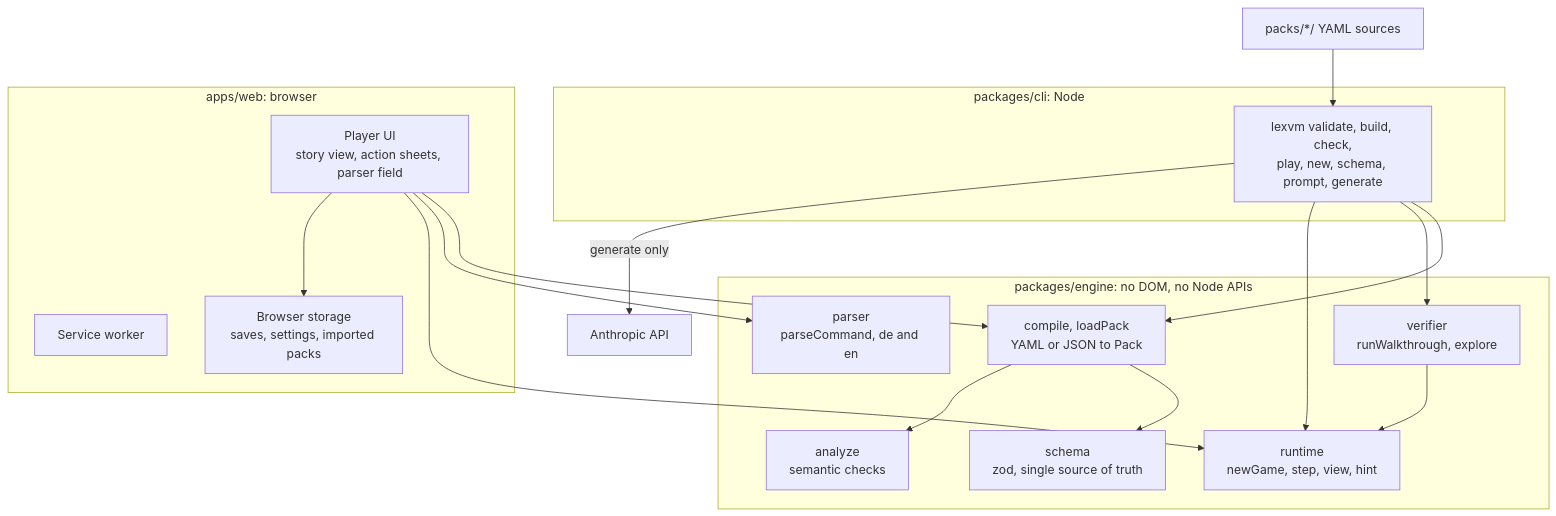
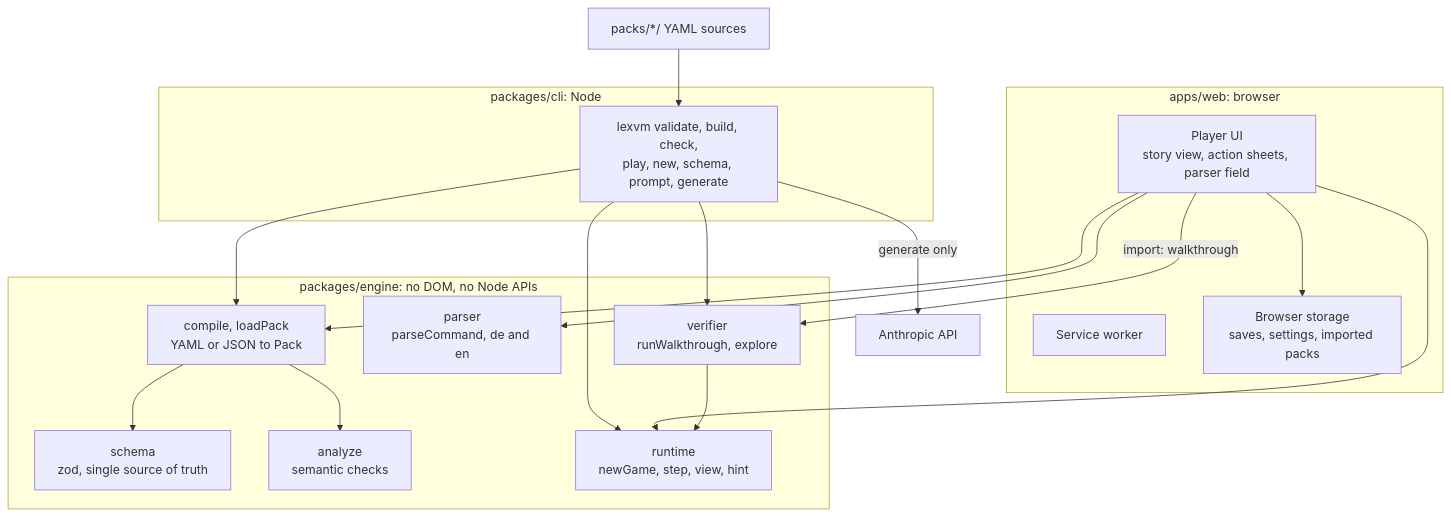
Before and after one commit to nullthrone/lexvm: the first of 5 diagrams in docs/architecture.md, drawn with Mermaid. The commit also changed other lines of this file and 43 other files, not shown here.

````diff
--- a/docs/architecture.md
+++ b/docs/architecture.md
@@ -31,32 +31,33 @@
 ```mermaid
 flowchart TB
   PACKS["packs/*/ YAML sources"]
   subgraph ENGINE["packages/engine: no DOM, no Node APIs"]
     SCHEMA["schema<br/>zod, single source of truth"]
     COMPILE["compile, loadPack<br/>YAML or JSON to Pack"]
     ANALYZE["analyze<br/>semantic checks"]
     RUNTIME["runtime<br/>newGame, step, view, hint"]
     PARSER["parser<br/>parseCommand, de and en"]
     VERIFY["verifier<br/>runWalkthrough, explore"]
   end
   subgraph CLI["packages/cli: Node"]
     CMDS["lexvm validate, build, check,<br/>play, new, schema, prompt, generate"]
   end
   subgraph WEB["apps/web: browser"]
     UI["Player UI<br/>story view, action sheets, parser field"]
     SW["Service worker"]
     STORE["Browser storage<br/>saves, settings, imported packs"]
   end
   PACKS --> CMDS
   CMDS --> COMPILE
   CMDS --> VERIFY
   CMDS --> RUNTIME
   CMDS -->|generate only| API["Anthropic API"]
   UI --> COMPILE
+  UI -->|import: walkthrough| VERIFY
   UI --> PARSER
   UI --> RUNTIME
   UI --> STORE
   COMPILE --> SCHEMA
   COMPILE --> ANALYZE
   VERIFY --> RUNTIME
 ```
````
